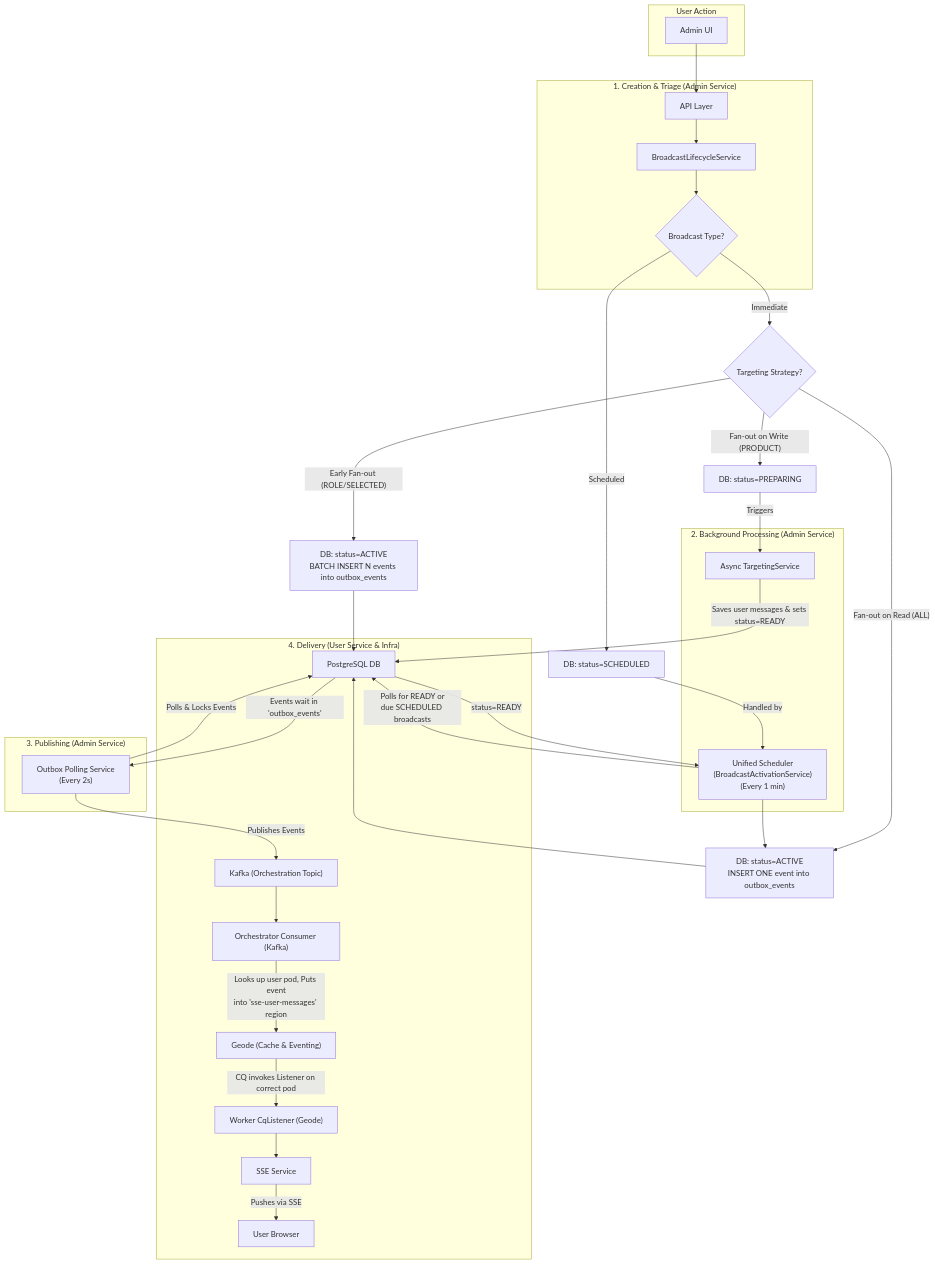
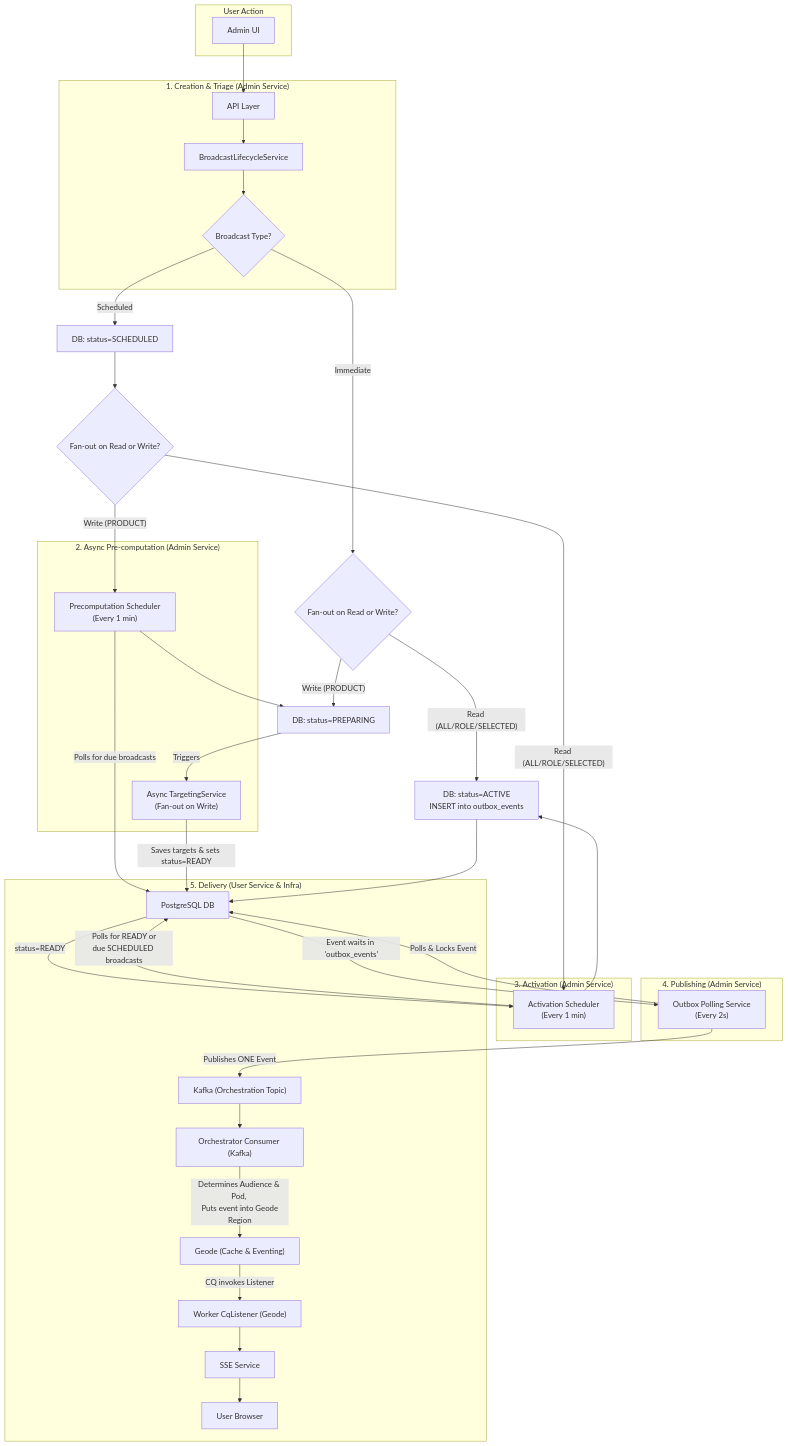
The diagram in MermaidDiagrams/graph-overall-flow-complex.mmd (rsrini7/Notification-SSE-GLM-Flux), drawn with Mermaid before and after one commit. The commit also changed 8 other files, not shown here.

First line of the commit message:
docs: update architecture diagrams and DTO definitions

```diff
--- a/MermaidDiagrams/graph-overall-flow-complex.mmd
+++ b/MermaidDiagrams/graph-overall-flow-complex.mmd
@@ -1,69 +1,73 @@
 graph TD
     subgraph "User Action"
         AdminUI[Admin UI]
     end
 
     subgraph "1. Creation & Triage (Admin Service)"
         AdminAPI["API Layer"]
         LifecycleSvc["BroadcastLifecycleService"]
         CreationTriage{"Broadcast Type?"}
     end
 
-    %% MODIFIED: Schedulers are now represented as one unified service
-    subgraph "2. Background Processing (Admin Service)"
-        UnifiedScheduler["Unified Scheduler<br/>(BroadcastActivationService)<br/>(Every 1 min)"]
-        AsyncPrecomputation["Async TargetingService"]
+    subgraph "2. Async Pre-computation (Admin Service)"
+        PrecomputationScheduler["Precomputation Scheduler<br/>(Every 1 min)"]
+        AsyncPrecomputation["Async TargetingService<br/>(Fan-out on Write)"]
     end
     
-    subgraph "3. Publishing (Admin Service)"
+    subgraph "3. Activation (Admin Service)"
+        ActivationScheduler["Activation Scheduler<br/>(Every 1 min)"]
+    end
+
+    subgraph "4. Publishing (Admin Service)"
         OutboxPoller["Outbox Polling Service<br/>(Every 2s)"]
     end
 
-    subgraph "4. Delivery (User Service & Infra)"
+    subgraph "5. Delivery (User Service & Infra)"
         OrchestratorConsumer["Orchestrator Consumer (Kafka)"]
         WorkerCqListener["Worker CqListener (Geode)"]
         SseService["SSE Service"]
         Kafka["Kafka (Orchestration Topic)"]
         Geode["Geode (Cache & Eventing)"]
         Postgres["PostgreSQL DB"]
         User[User Browser]
     end
     
     %% --- FLOW START ---
     AdminUI --> AdminAPI --> LifecycleSvc --> CreationTriage
 
     %% --- PATH A: IMMEDIATE BROADCASTS ---
-    CreationTriage -- "Immediate" --> ImmediateType{"Targeting Strategy?"}
-    %% MODIFIED: ROLE and SELECTED now follow the same early fan-out path
-    ImmediateType -- "Early Fan-out (ROLE/SELECTED)" --> SaveActiveAndOutboxBatch["DB: status=ACTIVE<br/>BATCH INSERT N events into outbox_events"]
-    ImmediateType -- "Fan-out on Read (ALL)" --> SaveActiveAndOutboxSingle["DB: status=ACTIVE<br/>INSERT ONE event into outbox_events"]
-    ImmediateType -- "Fan-out on Write (PRODUCT)" --> SavePreparing["DB: status=PREPARING"]
+    CreationTriage -- "Immediate" --> ImmediateType{"Fan-out on Read or Write?"}
+    ImmediateType -- "Read (ALL/ROLE/SELECTED)" --> SaveActiveAndOutbox["DB: status=ACTIVE<br/>INSERT into outbox_events"]
+    ImmediateType -- "Write (PRODUCT)" --> SavePreparing["DB: status=PREPARING"]
     
     SavePreparing -- "Triggers" --> AsyncPrecomputation
 
     %% --- PATH B: SCHEDULED BROADCASTS ---
     CreationTriage -- "Scheduled" --> SaveScheduled["DB: status=SCHEDULED"]
-    SaveScheduled -- "Handled by" --> UnifiedScheduler
+    SaveScheduled --> ScheduledType{"Fan-out on Read or Write?"}
     
+    ScheduledType -- "Write (PRODUCT)" --> PrecomputationScheduler
+    PrecomputationScheduler -- "Polls for due broadcasts" --> Postgres
+    PrecomputationScheduler --> SavePreparing
+    
+    ScheduledType -- "Read (ALL/ROLE/SELECTED)" --> ActivationScheduler
+
     %% --- PRECOMPUTATION & ACTIVATION FLOW ---
-    %% MODIFIED: Description now reflects writing to user_broadcast_messages
-    AsyncPrecomputation -- "Saves user messages & sets status=READY" --> Postgres
-    Postgres -- "status=READY" --> UnifiedScheduler
+    AsyncPrecomputation -- "Saves targets & sets status=READY" --> Postgres
+    Postgres -- "status=READY" --> ActivationScheduler
     
-    UnifiedScheduler -- "Polls for READY or<br/>due SCHEDULED broadcasts" --> Postgres
-    UnifiedScheduler --> SaveActiveAndOutboxSingle
+    ActivationScheduler -- "Polls for READY or<br/>due SCHEDULED broadcasts" --> Postgres
+    ActivationScheduler --> SaveActiveAndOutbox
     
     %% --- CONVERGENCE & PUBLISHING ---
-    SaveActiveAndOutboxSingle --> Postgres
-    SaveActiveAndOutboxBatch --> Postgres
-    Postgres -- "Events wait in 'outbox_events'" --> OutboxPoller
-    OutboxPoller -- "Polls & Locks Events" --> Postgres
-    OutboxPoller -- "Publishes Events" --> Kafka
+    SaveActiveAndOutbox --> Postgres
+    Postgres -- "Event waits in 'outbox_events'" --> OutboxPoller
+    OutboxPoller -- "Polls & Locks Event" --> Postgres
+    OutboxPoller -- "Publishes ONE Event" --> Kafka
 
-    %% --- DELIVERY (Real-time Push Path) ---
+    %% --- DELIVERY ---
     Kafka --> OrchestratorConsumer
-    %% MODIFIED: Description of Geode interaction is now more specific
-    OrchestratorConsumer -- "Looks up user pod, Puts event<br/>into 'sse-user-messages' region" --> Geode
-    Geode -- "CQ invokes Listener on correct pod" --> WorkerCqListener
+    OrchestratorConsumer -- "Determines Audience & Pod, <br/> Puts event into Geode Region" --> Geode
+    Geode -- "CQ invokes Listener" --> WorkerCqListener
     WorkerCqListener --> SseService
-    SseService -- "Pushes via SSE" --> User
+    SseService --> User
```
